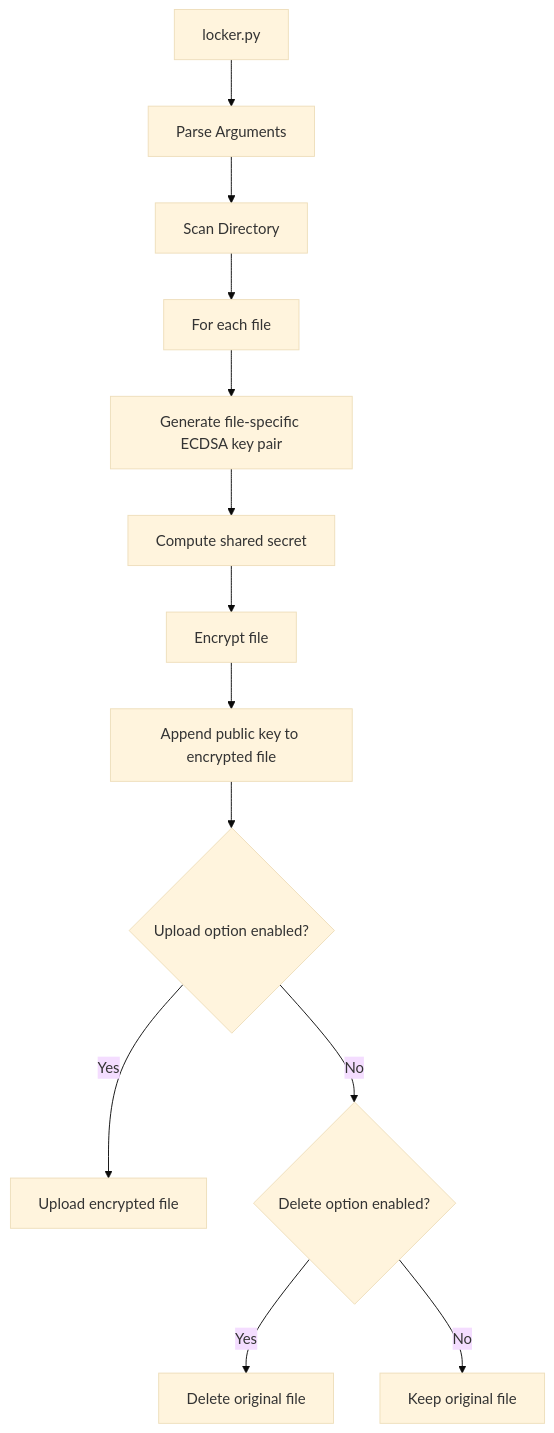
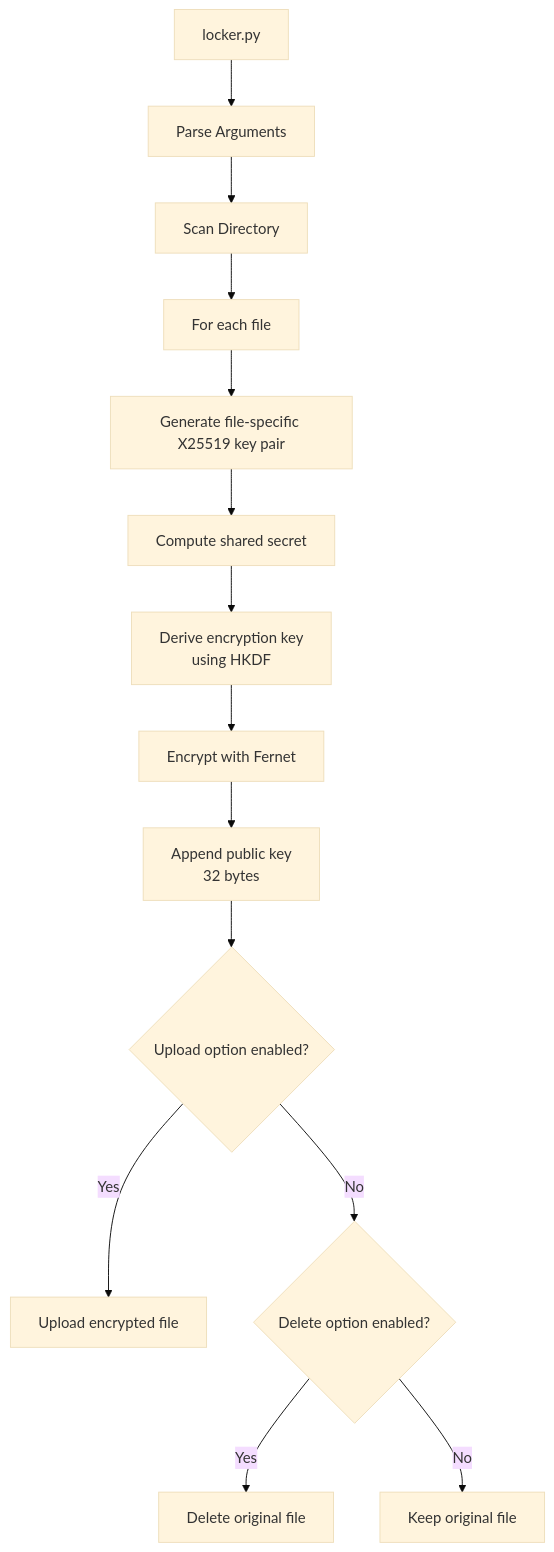
Before and after one commit to mrexodia/byor: the second of 4 diagrams in pythonware/architecture.md, drawn with Mermaid (base theme). The commit also changed other lines of this file and 3 other files, not shown here.

````diff
--- a/pythonware/architecture.md
+++ b/pythonware/architecture.md
@@ -29,15 +29,16 @@
 ```mermaid
 graph TD
     A[locker.py] --> B[Parse Arguments]
     B --> C[Scan Directory]
     C --> D[For each file]
-    D --> E[Generate file-specific ECDSA key pair]
+    D --> E[Generate file-specific X25519 key pair]
     E --> F[Compute shared secret]
-    F --> G[Encrypt file]
-    G --> H[Append public key to encrypted file]
-    H --> I{Upload option enabled?}
-    I -->|Yes| J[Upload encrypted file]
-    I -->|No| K{Delete option enabled?}
-    K -->|Yes| L[Delete original file]
-    K -->|No| M[Keep original file]
+    F --> G[Derive encryption key<br/>using HKDF]
+    G --> H[Encrypt with Fernet]
+    H --> I[Append public key<br/>32 bytes]
+    I --> J{Upload option enabled?}
+    J -->|Yes| K[Upload encrypted file]
+    J -->|No| L{Delete option enabled?}
+    L -->|Yes| M[Delete original file]
+    L -->|No| N[Keep original file]
 ```
````
